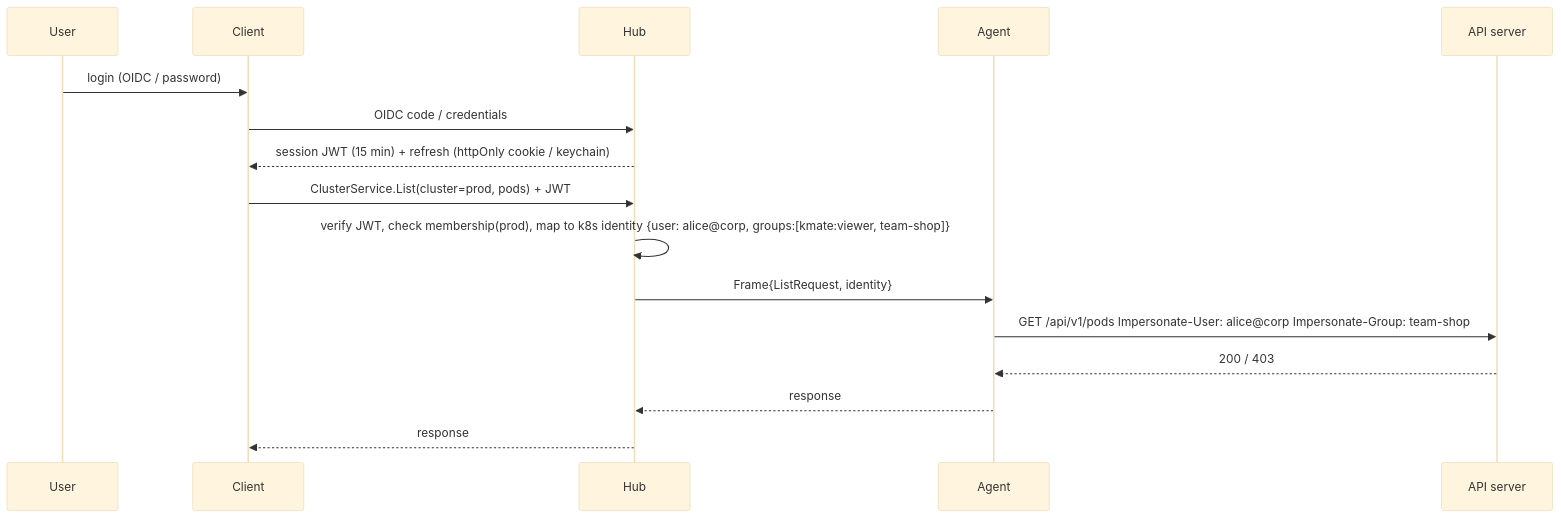
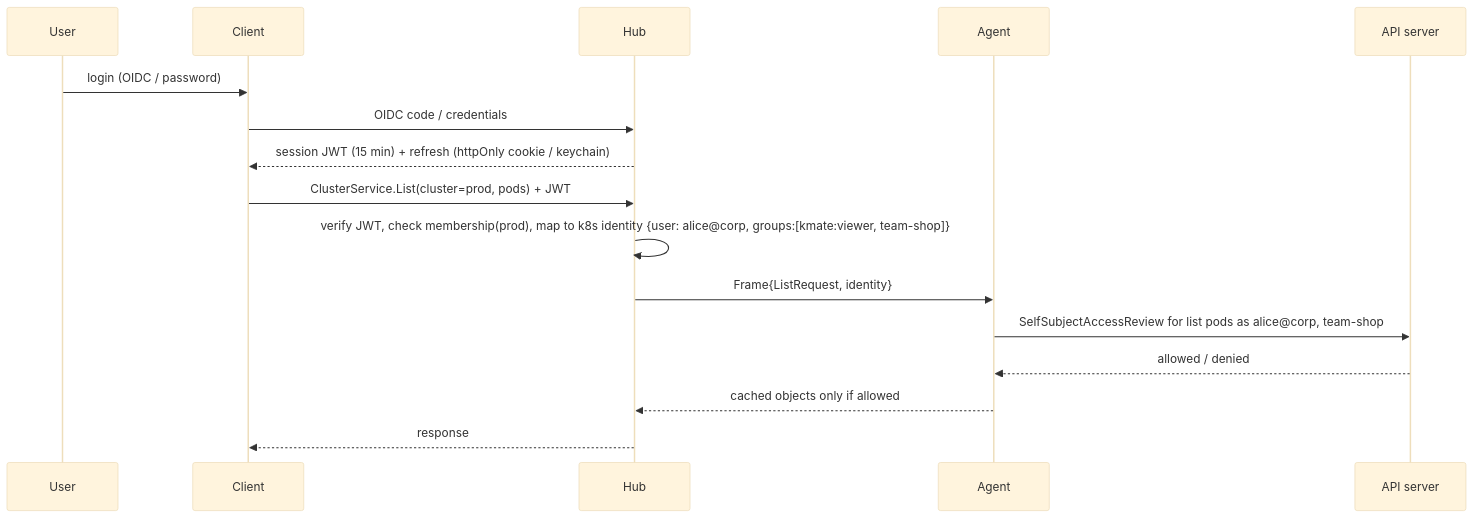
Before and after one commit to sahabti/kmate: the diagram in docs/06-security.md, drawn with Mermaid (base theme). The commit also changed other lines of this file and 4 other files, not shown here.

````diff
--- a/docs/06-security.md
+++ b/docs/06-security.md
@@ -17,18 +17,18 @@
 ```mermaid
 sequenceDiagram
     participant U as User
     participant C as Client
     participant H as Hub
     participant A as Agent
     participant K as API server
     U->>C: login (OIDC / password)
     C->>H: OIDC code / credentials
     H-->>C: session JWT (15 min) + refresh (httpOnly cookie / keychain)
     C->>H: ClusterService.List(cluster=prod, pods) + JWT
     H->>H: verify JWT, check membership(prod), map to k8s identity {user: alice@corp, groups:[kmate:viewer, team-shop]}
     H->>A: Frame{ListRequest, identity}
-    A->>K: GET /api/v1/pods  Impersonate-User: alice@corp  Impersonate-Group: team-shop
-    K-->>A: 200 / 403
-    A-->>H: response
+    A->>K: SelfSubjectAccessReview for list pods as alice@corp, team-shop
+    K-->>A: allowed / denied
+    A-->>H: cached objects only if allowed
     H-->>C: response
 ```
````
